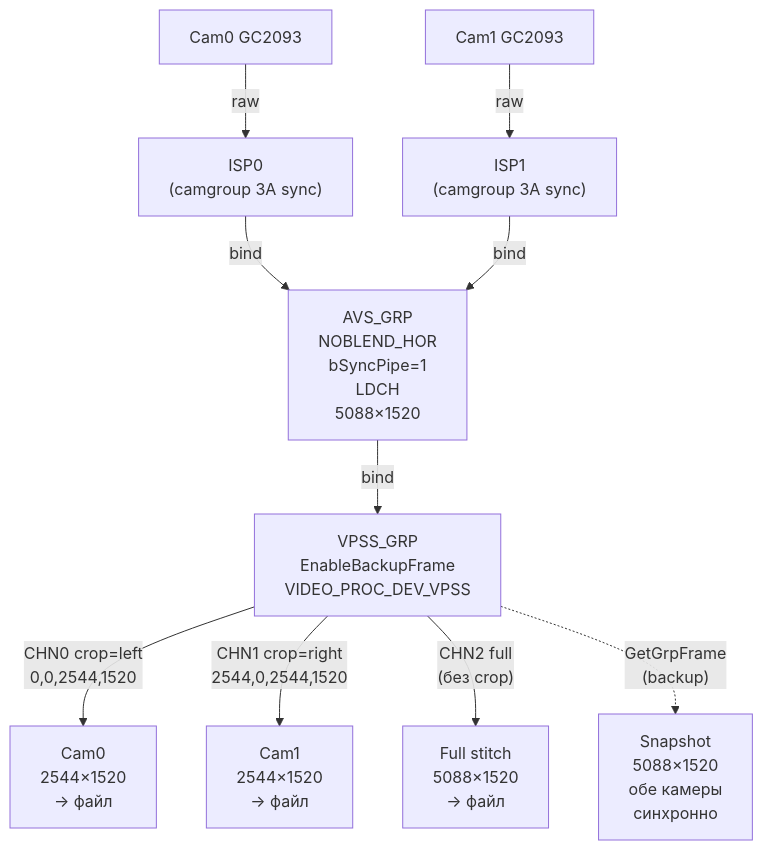
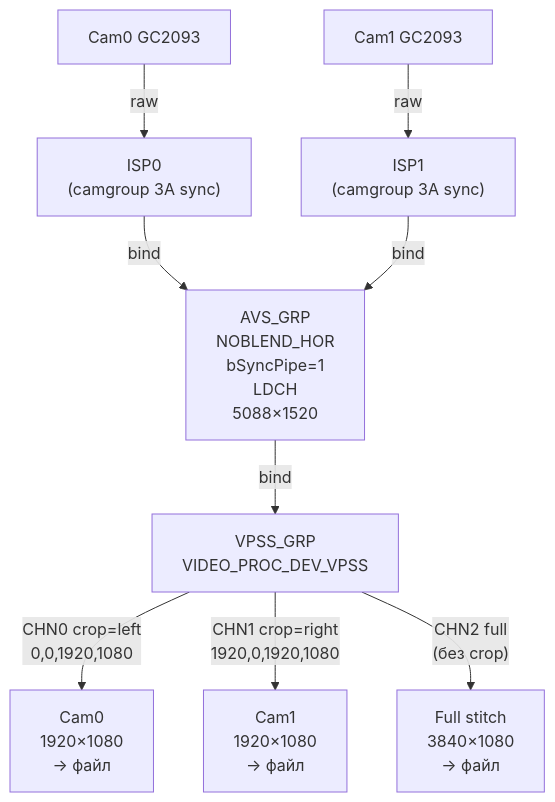
One commit to vovach777/rv1126b_temp changed diagram 16 of 17 in README.md. Above: the diagram before and after it, drawn with Mermaid. The commit also changed other lines of this file and 4 other files, not shown here.

First line of the commit message:
refactor: remove non-working snapshot (GetGrpFrame), add test images to README

````diff
--- a/README.md
+++ b/README.md
@@ -2872,13 +2872,12 @@
 ```mermaid
 flowchart TD
     C0["Cam0 GC2093"] -->|raw| ISP0["ISP0\n(camgroup 3A sync)"]
     C1["Cam1 GC2093"] -->|raw| ISP1["ISP1\n(camgroup 3A sync)"]
     ISP0 -->|bind| AVS["AVS_GRP\nNOBLEND_HOR\nbSyncPipe=1\nLDCH\n5088×1520"]
     ISP1 -->|bind| AVS
-    AVS -->|bind| VPSS["VPSS_GRP\nEnableBackupFrame\nVIDEO_PROC_DEV_VPSS"]
+    AVS -->|bind| VPSS["VPSS_GRP\nVIDEO_PROC_DEV_VPSS"]
 
-    VPSS -->|"CHN0 crop=left\n0,0,2544,1520"| CAM0["Cam0\n2544×1520\n→ файл"]
-    VPSS -->|"CHN1 crop=right\n2544,0,2544,1520"| CAM1["Cam1\n2544×1520\n→ файл"]
-    VPSS -->|"CHN2 full\n(без crop)"| FULL["Full stitch\n5088×1520\n→ файл"]
-    VPSS -.->|"GetGrpFrame\n(backup)"| SNAP["Snapshot\n5088×1520\nобе камеры\nсинхронно"]
+    VPSS -->|"CHN0 crop=left\n0,0,1920,1080"| CAM0["Cam0\n1920×1080\n→ файл"]
+    VPSS -->|"CHN1 crop=right\n1920,0,1920,1080"| CAM1["Cam1\n1920×1080\n→ файл"]
+    VPSS -->|"CHN2 full\n(без crop)"| FULL["Full stitch\n3840×1080\n→ файл"]
 ```
````
